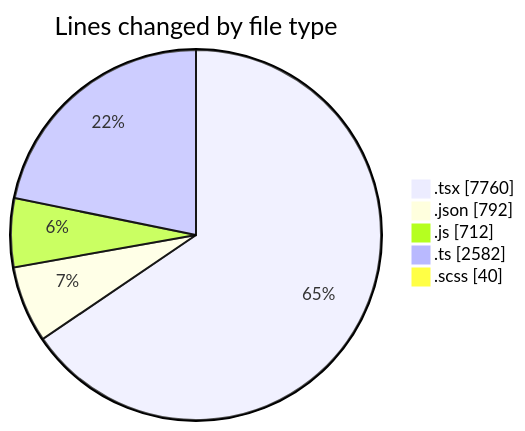
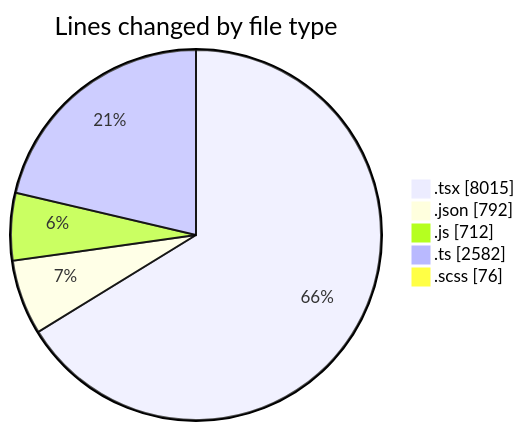
The first of 2 diagrams in 2026-08-07/cda/README.md (momahboobian/code-tracking), drawn with Mermaid before and after one commit. The commit also changed other lines of this file and 1 other file, not shown here.

````diff
--- a/2026-08-07/cda/README.md
+++ b/2026-08-07/cda/README.md
@@ -35,9 +35,9 @@
 ```mermaid
 pie showData
 title Lines changed by file type
-".tsx" : 7760
+".tsx" : 8015
 ".json" : 792
 ".js" : 712
 ".ts" : 2582
-".scss" : 40
+".scss" : 76
 ```
````
